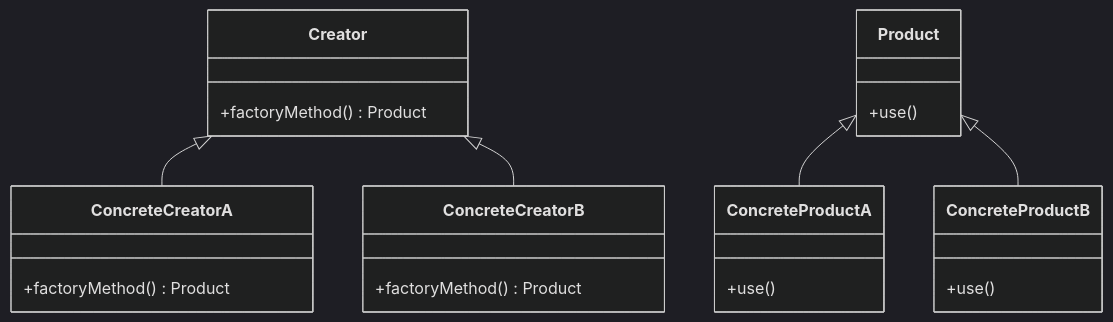
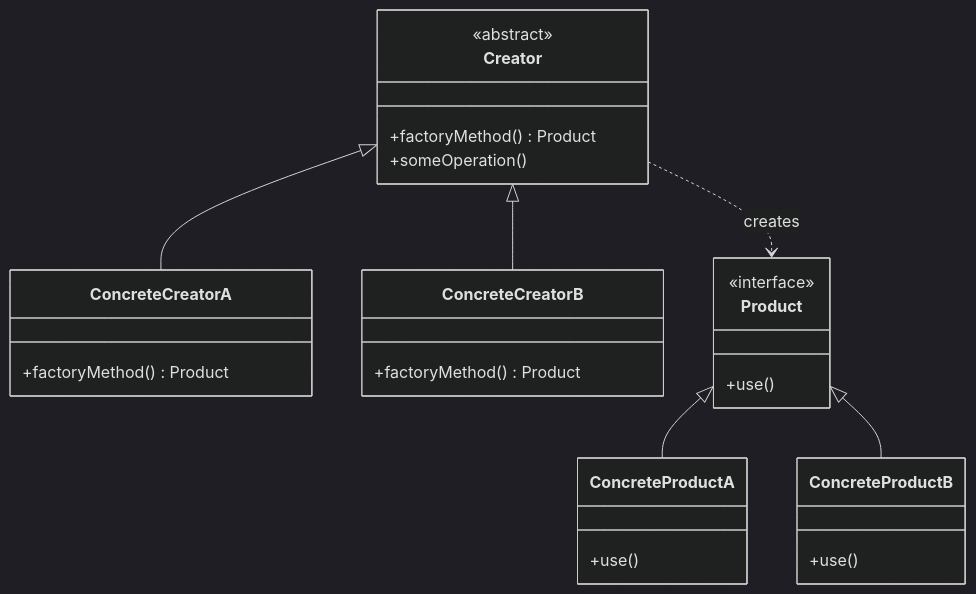
Before and after one commit to 42jerrykim/42jerrykim.github.io: the diagram in content/collection/designpattern/03_factory_method/index.md, drawn with Mermaid (dark theme). The commit also changed other lines of this file, not shown here.

````diff
--- a/content/collection/designpattern/03_factory_method/index.md
+++ b/content/collection/designpattern/03_factory_method/index.md
@@ -308,26 +113,30 @@
 ```mermaid
 classDiagram
     class Creator {
+        <<abstract>>
         +factoryMethod() Product
+        +someOperation()
     }
     class ConcreteCreatorA {
         +factoryMethod() Product
     }
     class ConcreteCreatorB {
         +factoryMethod() Product
     }
     class Product {
+        <<interface>>
         +use()
     }
     class ConcreteProductA {
         +use()
     }
     class ConcreteProductB {
         +use()
     }
 
     Creator <|-- ConcreteCreatorA
     Creator <|-- ConcreteCreatorB
     Product <|-- ConcreteProductA
     Product <|-- ConcreteProductB
+    Creator ..> Product : creates
 ```
````
